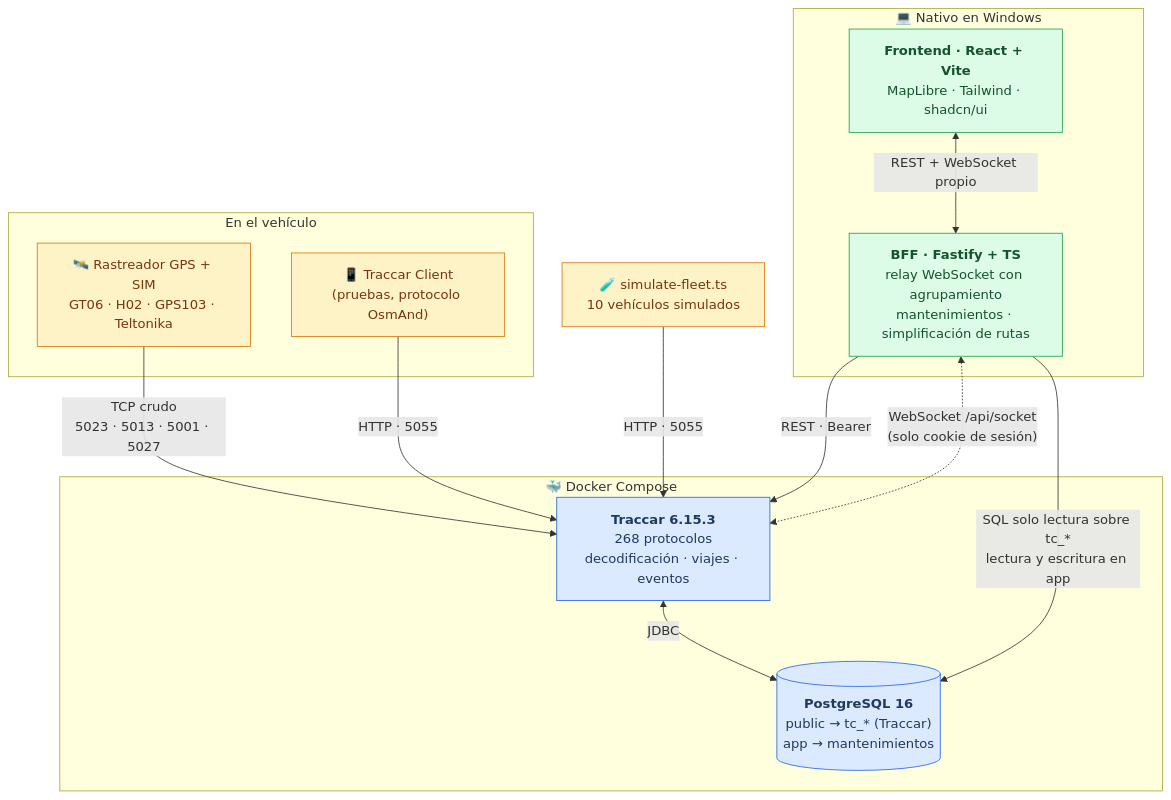
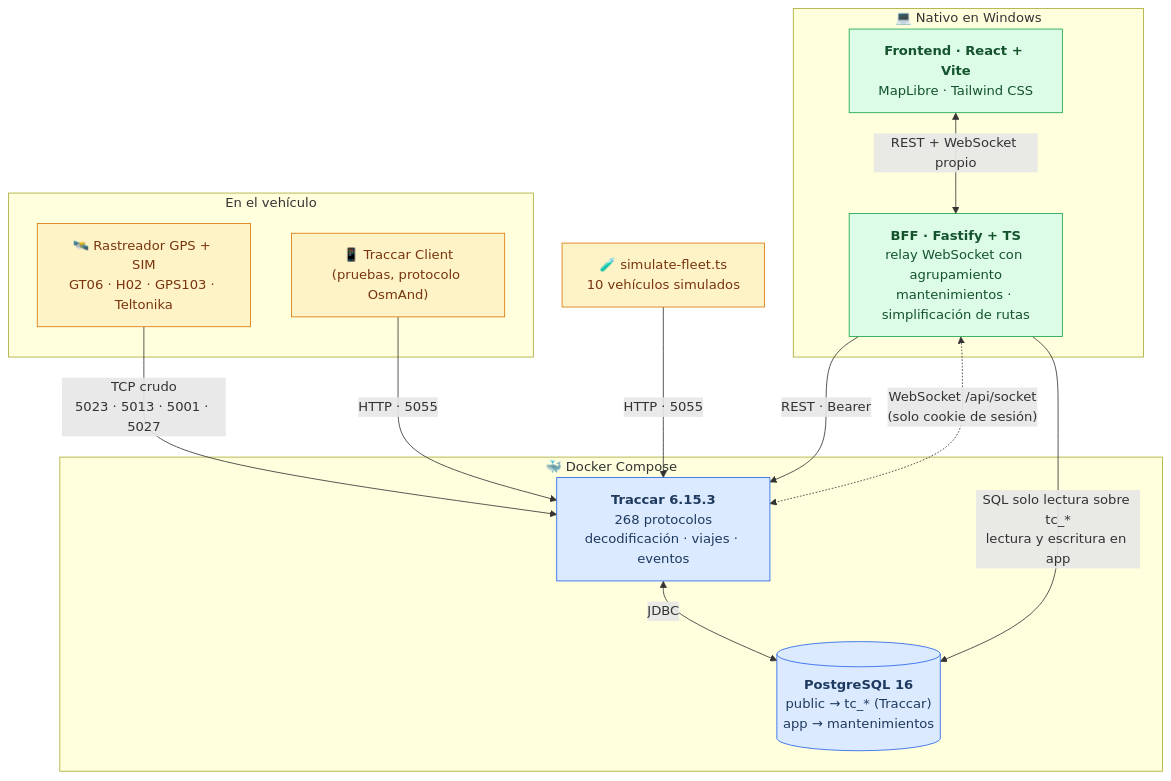
Before and after one commit to HackerDonA/rastreo-propio: the diagram in README.md, drawn with Mermaid. The commit also changed other lines of this file, not shown here.

````diff
--- a/README.md
+++ b/README.md
@@ -54,36 +55,36 @@
 ```mermaid
 flowchart TB
     subgraph campo["En el vehículo"]
         GPS["🛰️ Rastreador GPS + SIM<br/>GT06 · H02 · GPS103 · Teltonika"]
         CEL["📱 Traccar Client<br/>(pruebas, protocolo OsmAnd)"]
     end
 
     subgraph docker["🐳 Docker Compose"]
         TRACCAR["<b>Traccar 6.15.3</b><br/>268 protocolos<br/>decodificación · viajes · eventos"]
         PG[("<b>PostgreSQL 16</b><br/>public → tc_* (Traccar)<br/>app → mantenimientos")]
     end
 
     subgraph nativo["💻 Nativo en Windows"]
         BFF["<b>BFF · Fastify + TS</b><br/>relay WebSocket con agrupamiento<br/>mantenimientos · simplificación de rutas"]
-        WEB["<b>Frontend · React + Vite</b><br/>MapLibre · Tailwind · shadcn/ui"]
+        WEB["<b>Frontend · React + Vite</b><br/>MapLibre · Tailwind CSS"]
     end
 
     SIM["🧪 simulate-fleet.ts<br/>10 vehículos simulados"]
 
     GPS -->|"TCP crudo<br/>5023 · 5013 · 5001 · 5027"| TRACCAR
     CEL -->|"HTTP · 5055"| TRACCAR
     SIM -->|"HTTP · 5055"| TRACCAR
 
     TRACCAR <-->|JDBC| PG
     BFF -->|"REST · Bearer"| TRACCAR
     BFF <-.->|"WebSocket /api/socket<br/>(solo cookie de sesión)"| TRACCAR
     BFF -->|"SQL solo lectura sobre tc_*<br/>lectura y escritura en app"| PG
     WEB <-->|"REST + WebSocket propio"| BFF
 
     classDef ext fill:#fef3c7,stroke:#d97706,color:#78350f
     classDef inf fill:#dbeafe,stroke:#2563eb,color:#1e3a5f
     classDef own fill:#dcfce7,stroke:#16a34a,color:#14532d
     class GPS,CEL,SIM ext
     class TRACCAR,PG inf
     class BFF,WEB own
 ```
````
